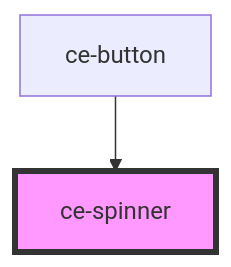
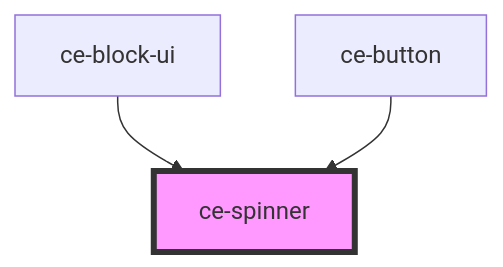
The diagram in packages/components/docs/components/ui/spinner/readme.md (surecart/surecart-wp-plugin), drawn with Mermaid before and after one commit. The commit also changed other lines of this file and 19 other files, not shown here.

````diff
--- a/packages/components/docs/components/ui/spinner/readme.md
+++ b/packages/components/docs/components/ui/spinner/readme.md
@@ -29,5 +30,6 @@
 ```mermaid
 graph TD;
+  ce-block-ui --> ce-spinner
   ce-button --> ce-spinner
   style ce-spinner fill:#f9f,stroke:#333,stroke-width:4px
 ```
````
